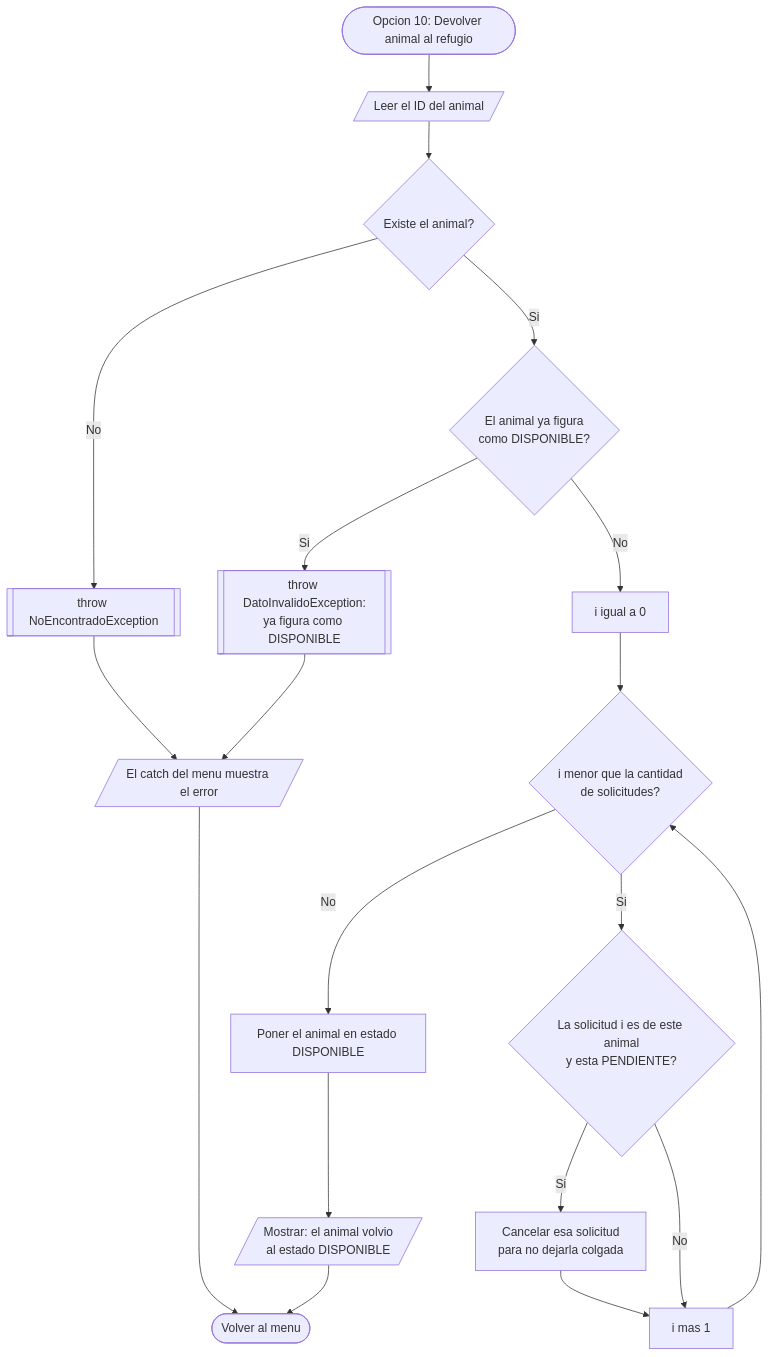
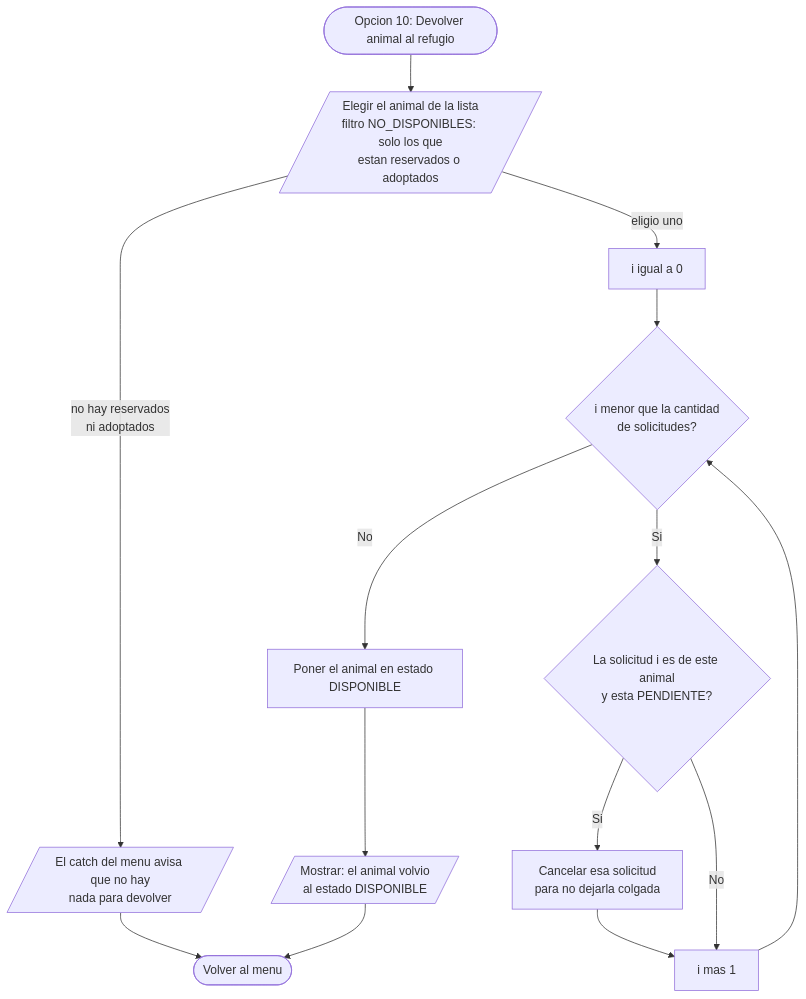
Before and after one commit to tobiastardivo/REFUGIO: diagram 13 of 18 in DIAGRAMAS.md, drawn with Mermaid. The commit also changed other lines of this file and 3 other files, not shown here.

````diff
--- a/DIAGRAMAS.md
+++ b/DIAGRAMAS.md
@@ -392,29 +432,23 @@
 ```mermaid
 flowchart TD
     INI(["Opcion 10: Devolver animal al refugio"])
-    ID[/"Leer el ID del animal"/]
-    EXISTE{"Existe el animal?"}
-    THROW1[["throw NoEncontradoException"]]
-    YADISP{"El animal ya figura<br/>como DISPONIBLE?"}
-    THROW2[["throw DatoInvalidoException:<br/>ya figura como DISPONIBLE"]]
+    ELIGE[/"Elegir el animal de la lista<br/>filtro NO_DISPONIBLES: solo los que<br/>estan reservados o adoptados"/]
     I["i igual a 0"]
     COND{"i menor que la cantidad<br/>de solicitudes?"}
     MATCH{"La solicitud i es de este animal<br/>y esta PENDIENTE?"}
     CANC["Cancelar esa solicitud<br/>para no dejarla colgada"]
     INC["i mas 1"]
     DISP["Poner el animal en estado DISPONIBLE"]
     OK[/"Mostrar: el animal volvio<br/>al estado DISPONIBLE"/]
-    CATCH[/"El catch del menu muestra el error"/]
+    CATCH[/"El catch del menu avisa que no hay<br/>nada para devolver"/]
     FIN(["Volver al menu"])
 
-    INI --> ID --> EXISTE
-    EXISTE -->|"No"| THROW1 --> CATCH --> FIN
-    EXISTE -->|"Si"| YADISP
-    YADISP -->|"Si"| THROW2 --> CATCH
-    YADISP -->|"No"| I --> COND
+    INI --> ELIGE
+    ELIGE -->|"no hay reservados<br/>ni adoptados"| CATCH --> FIN
+    ELIGE -->|"eligio uno"| I --> COND
     COND -->|"Si"| MATCH
     MATCH -->|"Si"| CANC --> INC
     MATCH -->|"No"| INC
     INC --> COND
     COND -->|"No"| DISP --> OK --> FIN
 ```
````
